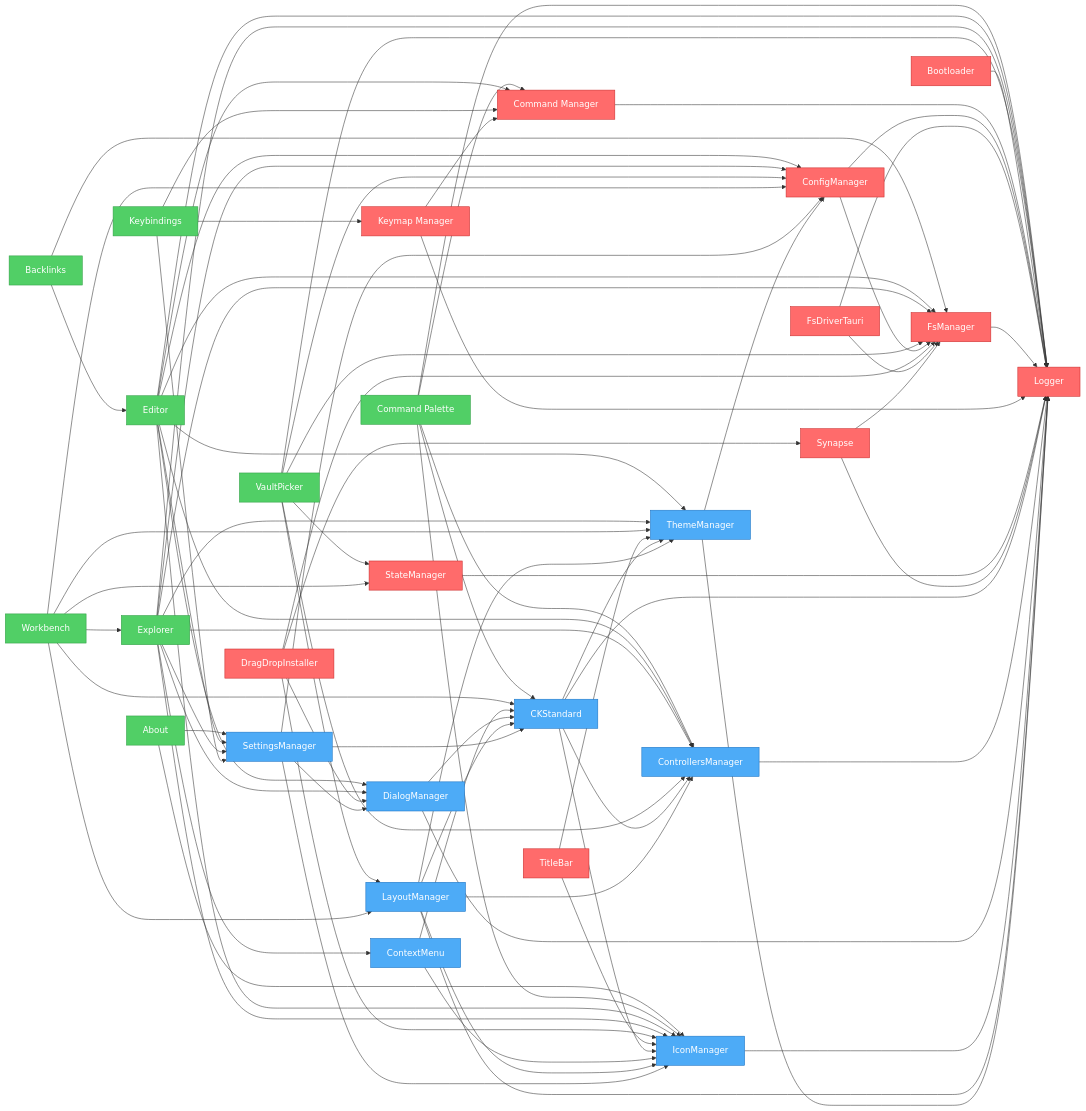
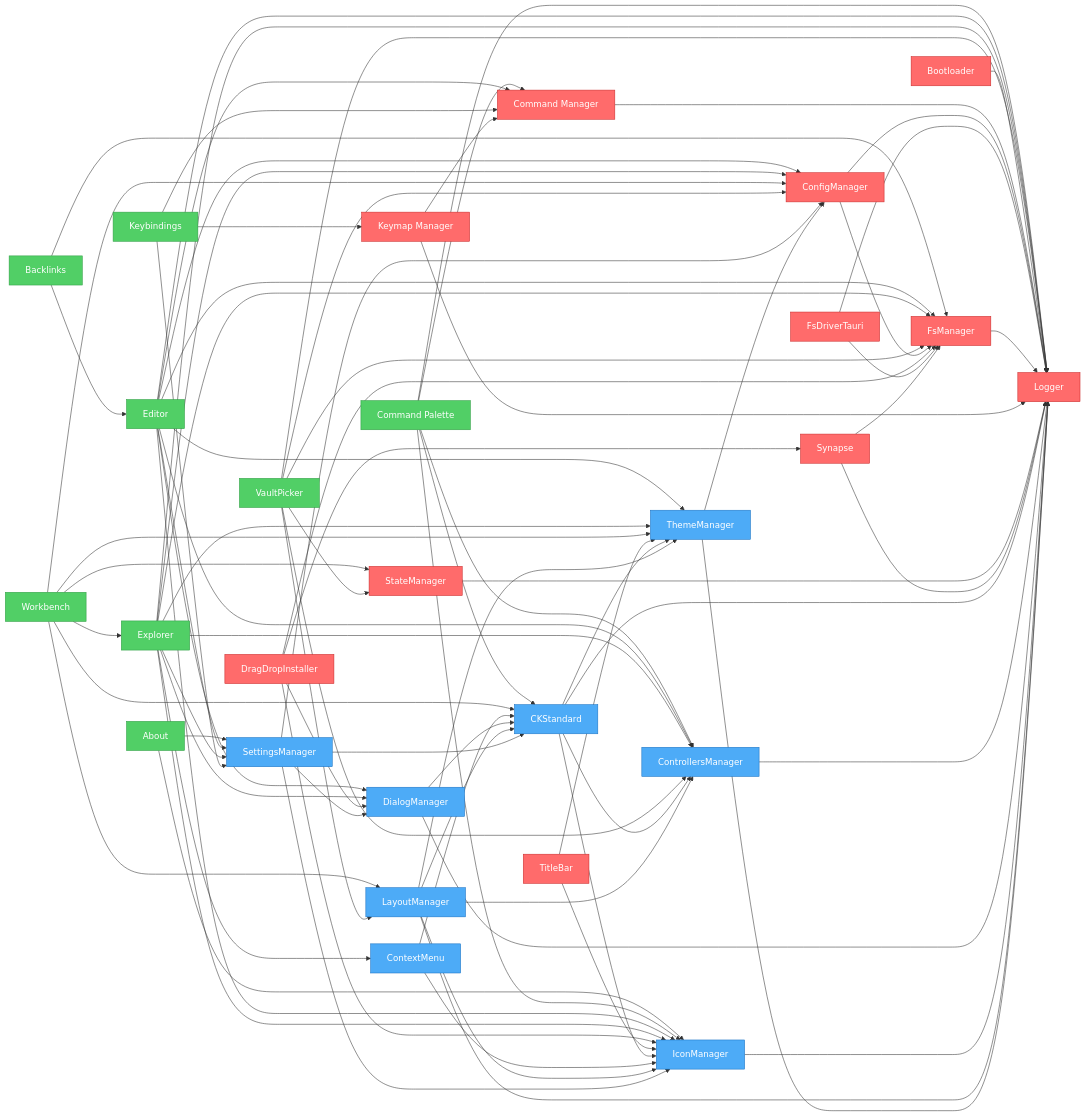
Before and after one commit to khton-tech/notehub.md: the diagram in artifacts/graph.mmd, drawn with Mermaid. The commit also changed other lines of this file and 7 other files, not shown here.

Commit message:
feat: Implement SystemJS shared scope for plugin dependency sharing and add system architecture graph.

```diff
--- a/artifacts/graph.mmd
+++ b/artifacts/graph.mmd
@@ -1,118 +1,118 @@
 flowchart LR
     nh_features_about["About"]
     nh_features_backlinks["Backlinks"]
     nh_features_command-palette["Command Palette"]
     nh_features_editor["Editor"]
     nh_features_explorer["Explorer"]
     nh_features_keybindings["Keybindings"]
+    nh_features_workbench["Workbench"]
     nh_features_vault-picker["VaultPicker"]
-    nh_features_workbench["Workbench"]
     nh_system_bootloader["Bootloader"]
     nh_system_command-manager["Command Manager"]
     nh_system_config-manager["ConfigManager"]
     nh_system_drag-drop["DragDropInstaller"]
     nh_system_fs-driver-tauri["FsDriverTauri"]
     nh_system_fs-manager["FsManager"]
     nh_system_keymap["Keymap Manager"]
     nh_system_logger["Logger"]
     nh_system_state-manager["StateManager"]
     nh_system_synapse["Synapse"]
     nh_system_titlebar["TitleBar"]
     nh_ui_ck-standard["CKStandard"]
     nh_ui_context-menu["ContextMenu"]
     nh_ui_controllers-manager["ControllersManager"]
     nh_ui_dialog-manager["DialogManager"]
     nh_ui_icon-manager["IconManager"]
     nh_ui_layout-manager["LayoutManager"]
     nh_ui_settings-manager["SettingsManager"]
     nh_ui_theme-manager["ThemeManager"]
     nh_features_about --> nh_ui_settings-manager
     nh_features_about --> nh_ui_icon-manager
     nh_features_backlinks --> nh_features_editor
     nh_features_backlinks --> nh_system_fs-manager
     nh_features_command-palette --> nh_system_command-manager
     nh_features_command-palette --> nh_system_logger
     nh_features_command-palette --> nh_ui_controllers-manager
     nh_features_command-palette --> nh_ui_ck-standard
     nh_features_command-palette --> nh_ui_icon-manager
     nh_features_editor --> nh_system_config-manager
     nh_features_editor --> nh_system_command-manager
     nh_features_editor --> nh_ui_settings-manager
     nh_features_editor --> nh_system_fs-manager
     nh_features_editor --> nh_system_logger
     nh_features_editor --> nh_ui_controllers-manager
     nh_features_editor --> nh_ui_dialog-manager
     nh_features_editor --> nh_ui_icon-manager
     nh_features_editor --> nh_ui_theme-manager
     nh_features_explorer --> nh_system_config-manager
     nh_features_explorer --> nh_ui_settings-manager
     nh_features_explorer --> nh_system_fs-manager
     nh_features_explorer --> nh_system_logger
     nh_features_explorer --> nh_ui_controllers-manager
     nh_features_explorer --> nh_ui_icon-manager
     nh_features_explorer --> nh_ui_theme-manager
     nh_features_explorer --> nh_ui_context-menu
     nh_features_explorer --> nh_ui_dialog-manager
     nh_features_keybindings --> nh_ui_settings-manager
     nh_features_keybindings --> nh_system_command-manager
     nh_features_keybindings --> nh_system_keymap
+    nh_features_workbench --> nh_system_config-manager
+    nh_features_workbench --> nh_ui_layout-manager
+    nh_features_workbench --> nh_ui_theme-manager
+    nh_features_workbench --> nh_ui_ck-standard
+    nh_features_workbench --> nh_system_state-manager
+    nh_features_workbench --> nh_features_explorer
     nh_features_vault-picker --> nh_system_fs-manager
     nh_features_vault-picker --> nh_system_config-manager
     nh_features_vault-picker --> nh_system_state-manager
     nh_features_vault-picker --> nh_system_logger
     nh_features_vault-picker --> nh_ui_controllers-manager
     nh_features_vault-picker --> nh_ui_layout-manager
-    nh_features_workbench --> nh_system_config-manager
-    nh_features_workbench --> nh_ui_layout-manager
-    nh_features_workbench --> nh_ui_theme-manager
-    nh_features_workbench --> nh_ui_ck-standard
-    nh_features_workbench --> nh_system_state-manager
-    nh_features_workbench --> nh_features_explorer
     nh_system_bootloader --> nh_system_logger
     nh_system_command-manager --> nh_system_logger
     nh_system_config-manager --> nh_system_logger
     nh_system_config-manager --> nh_system_fs-manager
     nh_system_drag-drop --> nh_ui_icon-manager
     nh_system_drag-drop --> nh_ui_dialog-manager
     nh_system_drag-drop --> nh_system_fs-manager
     nh_system_drag-drop --> nh_system_synapse
     nh_system_fs-driver-tauri --> nh_system_logger
     nh_system_fs-driver-tauri --> nh_system_fs-manager
     nh_system_fs-manager --> nh_system_logger
     nh_system_keymap --> nh_system_command-manager
     nh_system_keymap --> nh_system_logger
     nh_system_state-manager --> nh_system_logger
     nh_system_synapse --> nh_system_fs-manager
     nh_system_synapse --> nh_system_logger
     nh_system_titlebar --> nh_ui_icon-manager
     nh_system_titlebar --> nh_ui_theme-manager
     nh_ui_ck-standard --> nh_system_logger
     nh_ui_ck-standard --> nh_ui_controllers-manager
     nh_ui_ck-standard --> nh_ui_icon-manager
     nh_ui_ck-standard --> nh_ui_theme-manager
     nh_ui_context-menu --> nh_ui_icon-manager
     nh_ui_context-menu --> nh_ui_ck-standard
     nh_ui_controllers-manager --> nh_system_logger
     nh_ui_dialog-manager --> nh_system_logger
     nh_ui_dialog-manager --> nh_ui_ck-standard
     nh_ui_icon-manager --> nh_system_logger
     nh_ui_layout-manager --> nh_system_logger
     nh_ui_layout-manager --> nh_ui_theme-manager
     nh_ui_layout-manager --> nh_ui_icon-manager
     nh_ui_layout-manager --> nh_ui_controllers-manager
     nh_ui_layout-manager --> nh_ui_ck-standard
     nh_ui_settings-manager --> nh_system_config-manager
     nh_ui_settings-manager --> nh_ui_ck-standard
     nh_ui_settings-manager --> nh_ui_icon-manager
     nh_ui_settings-manager --> nh_ui_dialog-manager
     nh_ui_theme-manager --> nh_system_logger
     nh_ui_theme-manager --> nh_system_config-manager
 
     %% Styles
     classDef system fill:#ff6b6b,stroke:#c92a2a,color:#fff
     classDef ui fill:#4dabf7,stroke:#1971c2,color:#fff
     classDef feature fill:#51cf66,stroke:#2f9e44,color:#fff
     class nh_features_about,nh_features_backlinks,nh_features_keybindings,nh_features_vault-picker feature
     class nh_features_command-palette,nh_features_editor,nh_features_explorer,nh_features_workbench feature
     class nh_system_bootloader,nh_system_command-manager,nh_system_config-manager,nh_system_drag-drop,nh_system_fs-driver-tauri,nh_system_fs-manager,nh_system_keymap,nh_system_logger,nh_system_state-manager,nh_system_synapse,nh_system_titlebar system
     class nh_ui_ck-standard,nh_ui_context-menu,nh_ui_controllers-manager,nh_ui_dialog-manager,nh_ui_icon-manager,nh_ui_layout-manager,nh_ui_settings-manager,nh_ui_theme-manager ui
```
